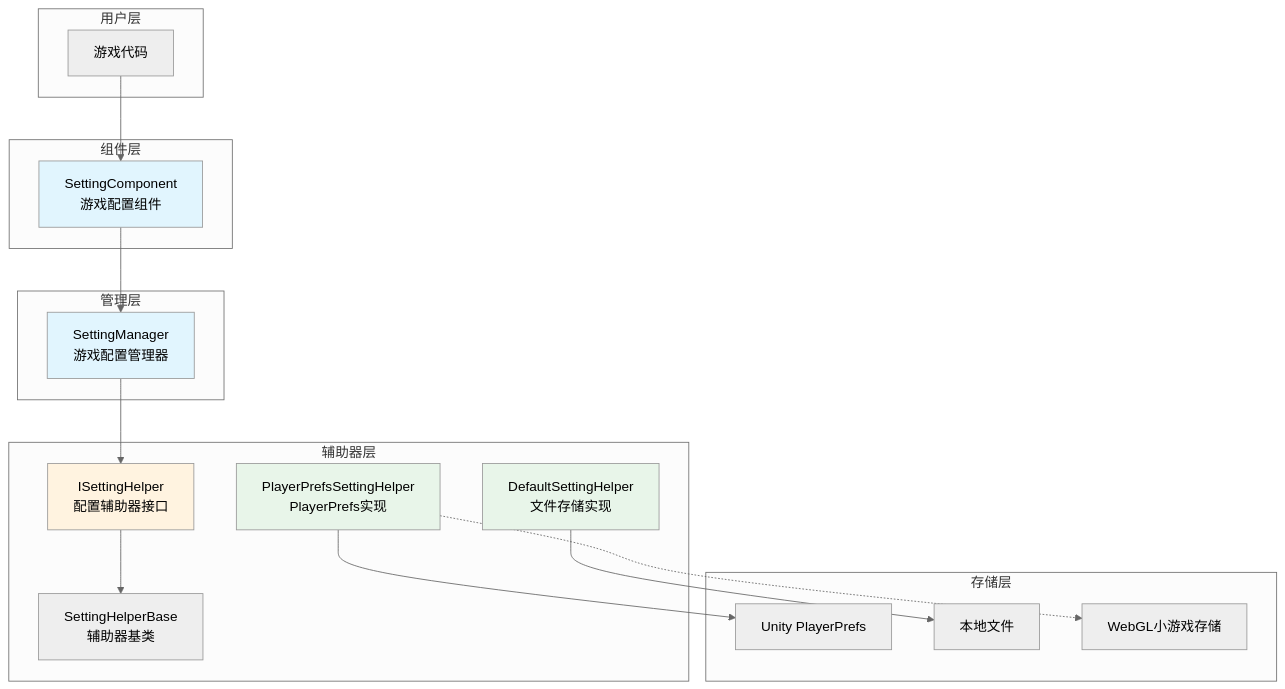
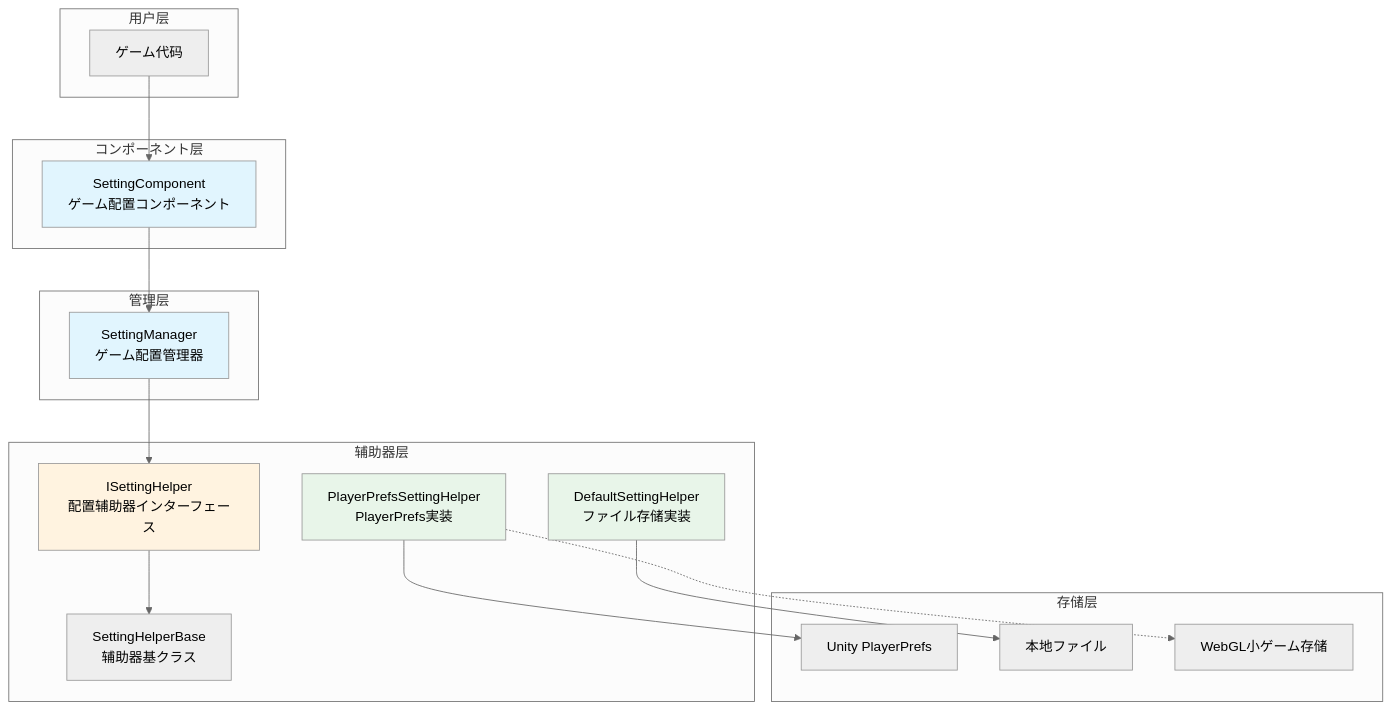
One commit to AlianBlank/GameFrameX.Docs changed the first of 2 diagrams in docs/ja/client/unity/component/setting/01.overview.md. Above: the diagram before and after it, drawn with Mermaid (neutral theme). The commit also changed other lines of this file and 603 other files, not shown here.

````diff
--- a/docs/ja/client/unity/component/setting/01.overview.md
+++ b/docs/ja/client/unity/component/setting/01.overview.md
@@ -18,41 +18,41 @@
 ```mermaid
 graph TD
     subgraph UserLayer["用户层"]
-        Game["游戏代码"]
+        Game["ゲーム代码"]
     end
 
-    subgraph ComponentLayer["组件层"]
-        SC[SettingComponent<br/>游戏配置组件]
+    subgraph ComponentLayer["コンポーネント层"]
+        SC[SettingComponent<br/>ゲーム配置コンポーネント]
     end
 
     subgraph ManagerLayer["管理层"]
-        SM[SettingManager<br/>游戏配置管理器]
+        SM[SettingManager<br/>ゲーム配置管理器]
     end
 
     subgraph HelperLayer["辅助器层"]
-        SH[ISettingHelper<br/>配置辅助器接口]
-        PH[PlayerPrefsSettingHelper<br/>PlayerPrefs实现]
-        DH[DefaultSettingHelper<br/>文件存储实现]
-        SHB[SettingHelperBase<br/>辅助器基类]
+        SH[ISettingHelper<br/>配置辅助器インターフェース]
+        PH[PlayerPrefsSettingHelper<br/>PlayerPrefs実装]
+        DH[DefaultSettingHelper<br/>ファイル存储実装]
+        SHB[SettingHelperBase<br/>辅助器基クラス]
     end
 
     subgraph StorageLayer["存储层"]
         PP[Unity PlayerPrefs]
-        F[本地文件]
-        WG[WebGL小游戏存储]
+        F[本地ファイル]
+        WG[WebGL小ゲーム存储]
     end
 
     Game --> SC
     SC --> SM
     SM --> SH
     SH --> SHB
     PH --> PP
     DH --> F
     PH -.-> WG
 
     style SC fill:#e1f5fe
     style SM fill:#e1f5fe
     style SH fill:#fff3e0
     style PH fill:#e8f5e9
     style DH fill:#e8f5e9
 ```
````
